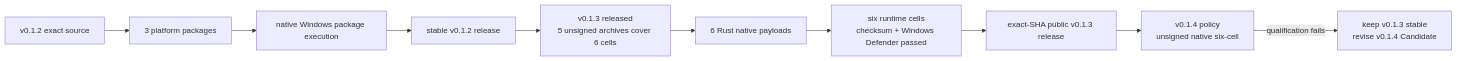
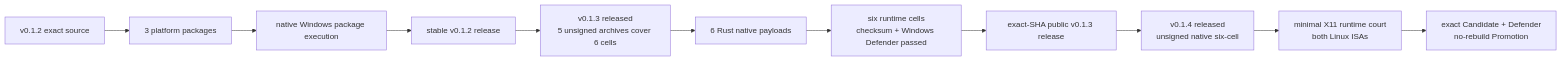
One commit to partnernetsoftware/minicon changed the first of 4 diagrams in prd/PRD_02_27_con_delivery.md. Above: the diagram before and after it, drawn with Mermaid. The commit also changed other lines of this file and 2 other files, not shown here.

````diff
--- a/prd/PRD_02_27_con_delivery.md
+++ b/prd/PRD_02_27_con_delivery.md
@@ -56,12 +58,13 @@
 ```mermaid
 flowchart LR
     S12["v0.1.2 exact source"] --> B12["3 platform packages"]
     B12 --> W12["native Windows package execution"]
     W12 --> R12["stable v0.1.2 release"]
     R12 --> X13["v0.1.3 released<br/>5 unsigned archives cover 6 cells"]
     X13 --> P13["6 Rust native payloads"]
     P13 --> G13["six runtime cells<br/>checksum + Windows Defender passed"]
     G13 --> R13["exact-SHA public v0.1.3 release"]
-    R13 --> X14["v0.1.4 policy<br/>unsigned native six-cell"]
-    X14 -->|qualification fails| K12["keep v0.1.3 stable<br/>revise v0.1.4 Candidate"]
+    R13 --> X14["v0.1.4 released<br/>unsigned native six-cell"]
+    X14 --> L14["minimal X11 runtime court<br/>both Linux ISAs"]
+    L14 --> R14["exact Candidate + Defender<br/>no-rebuild Promotion"]
 ```
````
